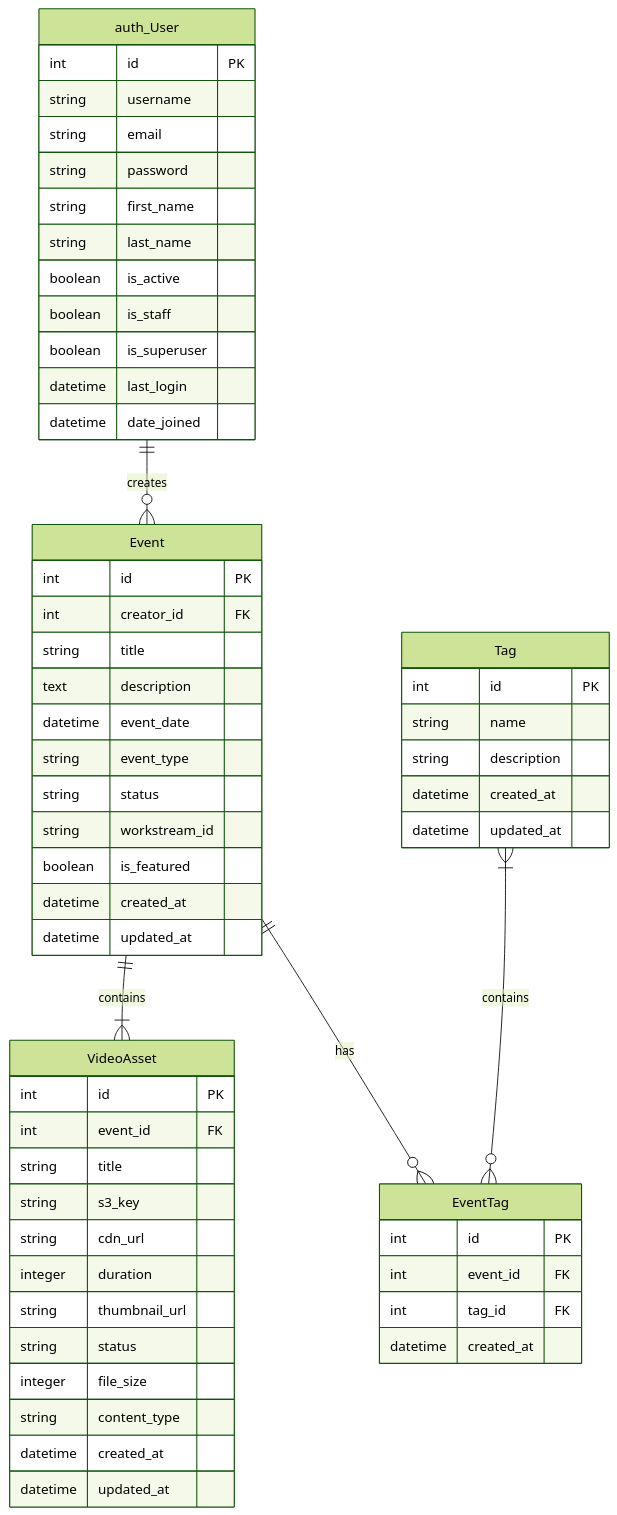
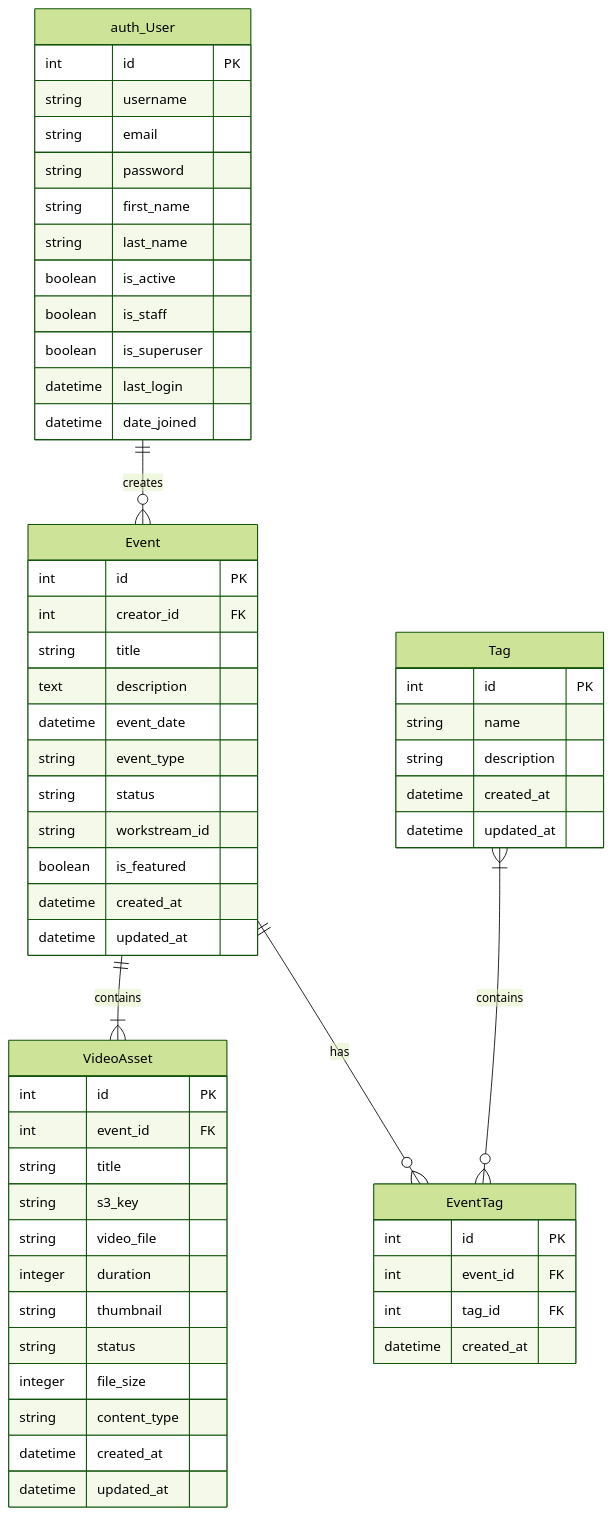
One commit to arbisoft/session-portal-backend changed the diagram in DATABASE_DESIGN.md. Above: the diagram before and after it, drawn with Mermaid (forest theme).

Commit message:
Update database design doc

```diff
--- a/DATABASE_DESIGN.md
+++ b/DATABASE_DESIGN.md
@@ -44,9 +44,9 @@
         int event_id FK
         string title
         string s3_key
-        string cdn_url
+        string video_file
         integer duration
-        string thumbnail_url
+        string thumbnail
         string status
         integer file_size
         string content_type
```
